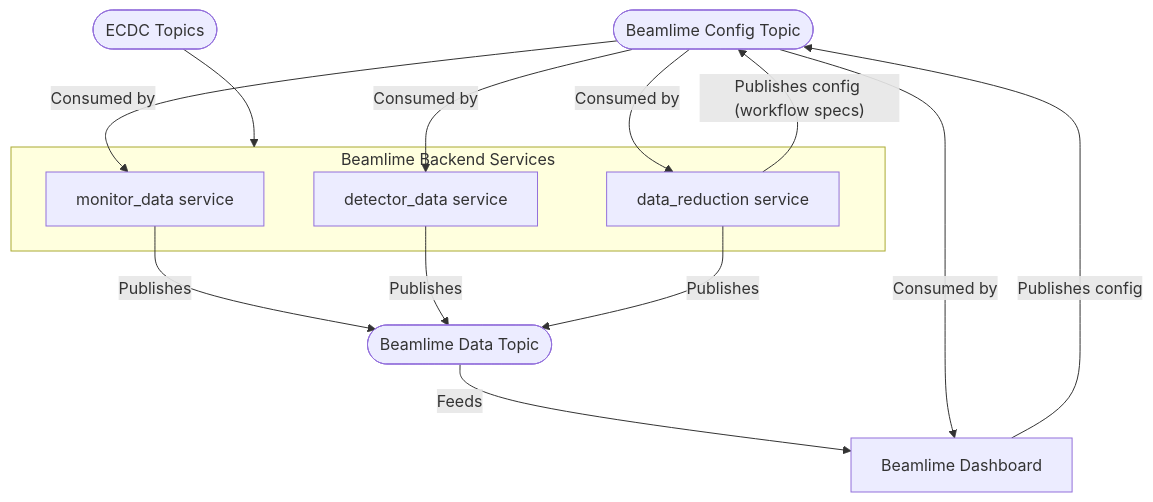
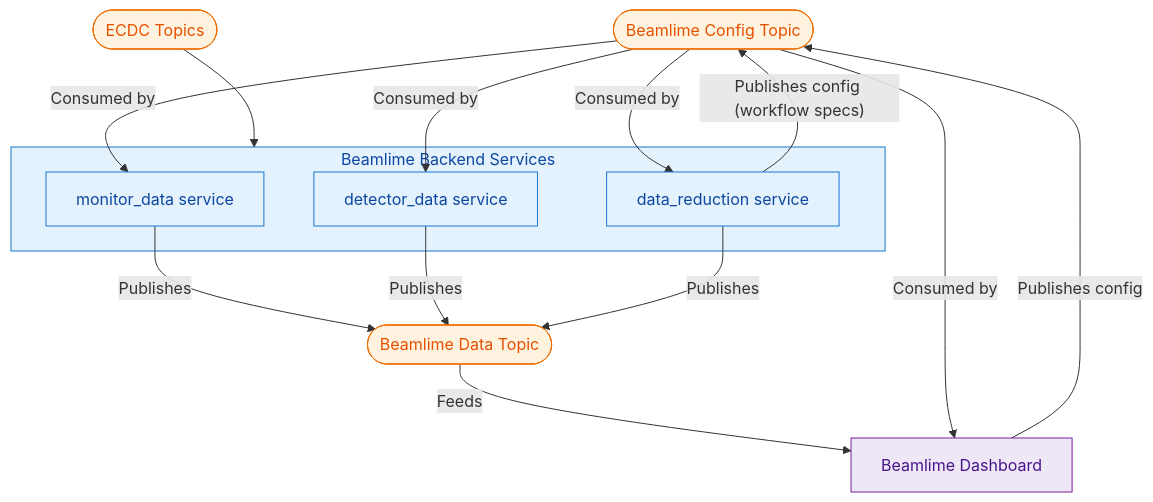
One commit to scipp/beamlime changed the first of 8 diagrams in docs/developer/design/dashboard-architecture.md. Above: the diagram before and after it, drawn with Mermaid. The commit also changed other lines of this file, not shown here.

````diff
--- a/docs/developer/design/dashboard-architecture.md
+++ b/docs/developer/design/dashboard-architecture.md
@@ -26,33 +26,40 @@
 ```mermaid
 flowchart TD
     ConfigTopic(["Beamlime Config Topic"])
     DataTopic(["Beamlime Data Topic"])
     ECDCTopic(["ECDC Topics"])
 
     subgraph BackendServices["Beamlime Backend Services"]
         MonitorData["monitor_data service"]
         DetectorData["detector_data service"]
         DataReduction["data_reduction service"]
     end
 
     DashboardApp["Beamlime Dashboard"]
 
     %% Raw data from ECDC topics
     ECDCTopic --> BackendServices
 
     %% Data publishing
     MonitorData -- Publishes --> DataTopic
     DetectorData -- Publishes --> DataTopic
     DataReduction -- Publishes --> DataTopic
 
     %% Data consumption by dashboard
     DataTopic -- Feeds --> DashboardApp
 
     %% Config flows
     ConfigTopic -- Consumed by --> MonitorData
     ConfigTopic -- Consumed by --> DetectorData
     ConfigTopic -- Consumed by --> DataReduction
     ConfigTopic -- Consumed by --> DashboardApp
     DashboardApp -- Publishes config --> ConfigTopic
     DataReduction -- Publishes config (workflow specs) --> ConfigTopic
+
+    classDef kafka fill:#fff3e0,stroke:#ef6c00,color:#e65100;
+    classDef backend fill:#e3f2fd,stroke:#1976d2,color:#0d47a1;
+    classDef dashboard fill:#ede7f6,stroke:#7b1fa2,color:#4a148c;
+    class ConfigTopic,DataTopic,ECDCTopic kafka;
+    class BackendServices,MonitorData,DetectorData,DataReduction backend;
+    class DashboardApp dashboard;
 ```
````
